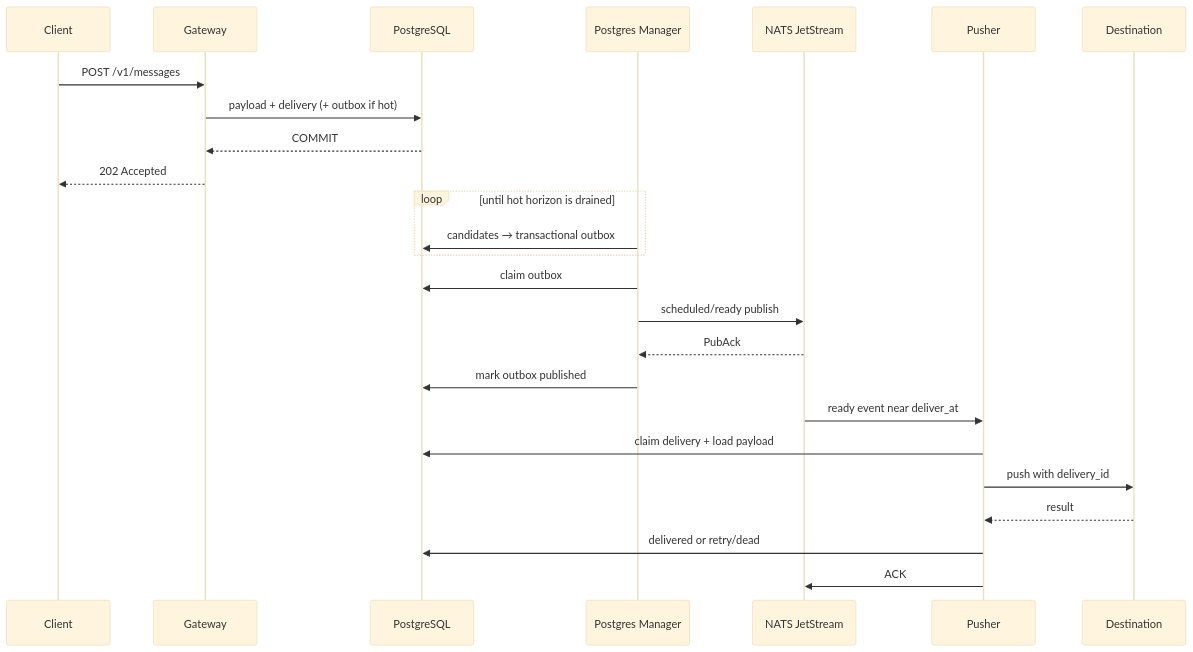
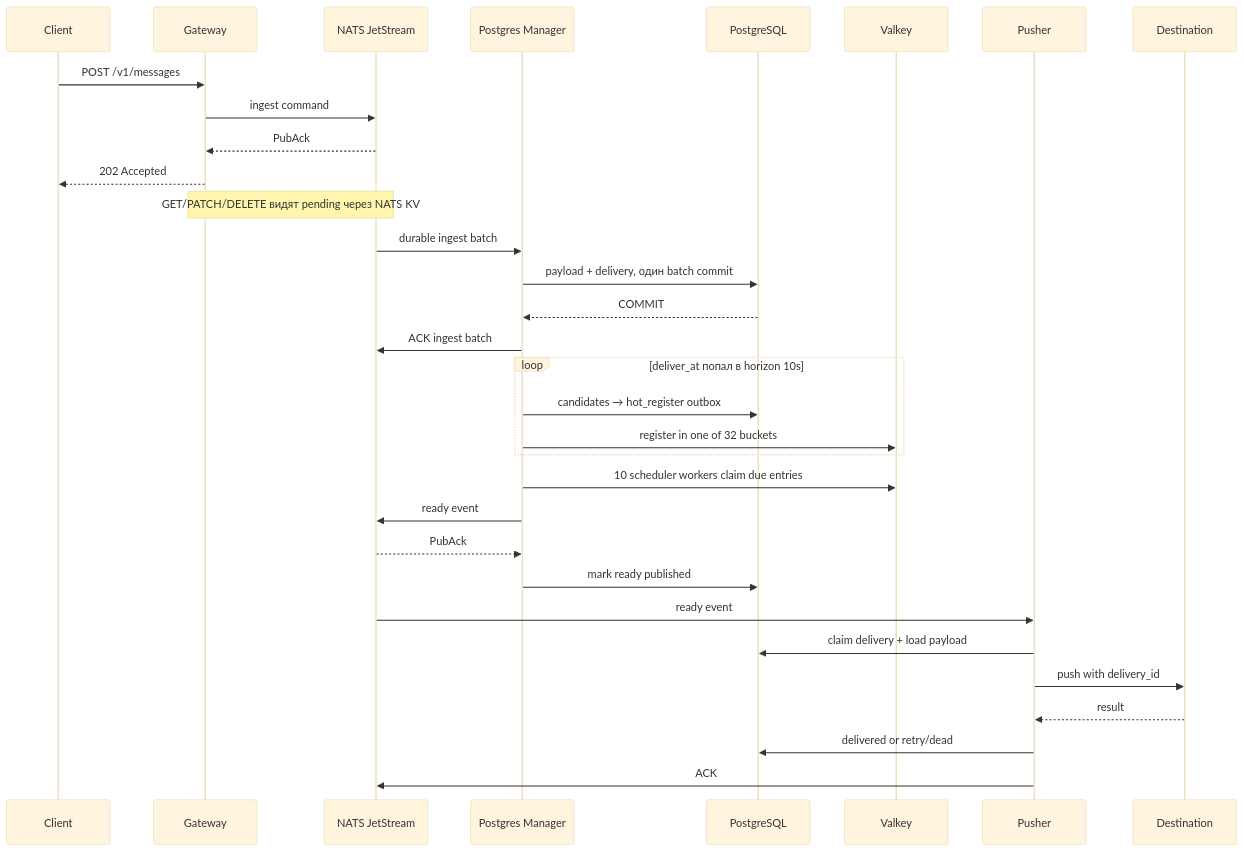
The diagram in README.MD (Alexey-zaliznuak/defermq-mono), drawn with Mermaid (base theme) before and after one commit. The commit also changed other lines of this file and 99 other files, not shown here.

````diff
--- a/README.MD
+++ b/README.MD
@@ -31,30 +39,38 @@
 ```mermaid
 sequenceDiagram
     participant C as Client
     participant G as Gateway
+    participant JS as NATS JetStream
+    participant M as Postgres Manager
     participant PG as PostgreSQL
-    participant M as Postgres Manager
-    participant JS as NATS JetStream
+    participant V as Valkey
     participant P as Pusher
     participant D as Destination
 
     C->>G: POST /v1/messages
-    G->>PG: payload + delivery (+ outbox if hot)
-    PG-->>G: COMMIT
+    G->>JS: ingest command
+    JS-->>G: PubAck
     G-->>C: 202 Accepted
+    Note over G,JS: GET/PATCH/DELETE видят pending через NATS KV
 
-    loop until hot horizon is drained
-        M->>PG: candidates → transactional outbox
+    JS->>M: durable ingest batch
+    M->>PG: payload + delivery, один batch commit
+    PG-->>M: COMMIT
+    M->>JS: ACK ingest batch
+
+    loop deliver_at попал в horizon 10s
+        M->>PG: candidates → hot_register outbox
+        M->>V: register in one of 32 buckets
     end
-    M->>PG: claim outbox
-    M->>JS: scheduled/ready publish
+
+    M->>V: 10 scheduler workers claim due entries
+    M->>JS: ready event
     JS-->>M: PubAck
-    M->>PG: mark outbox published
-
-    JS->>P: ready event near deliver_at
+    M->>PG: mark ready published
+    JS->>P: ready event
     P->>PG: claim delivery + load payload
     P->>D: push with delivery_id
     D-->>P: result
     P->>PG: delivered or retry/dead
     P->>JS: ACK
 ```
````
